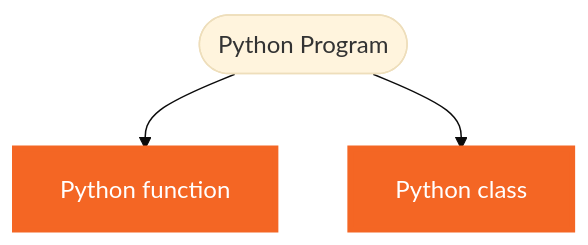
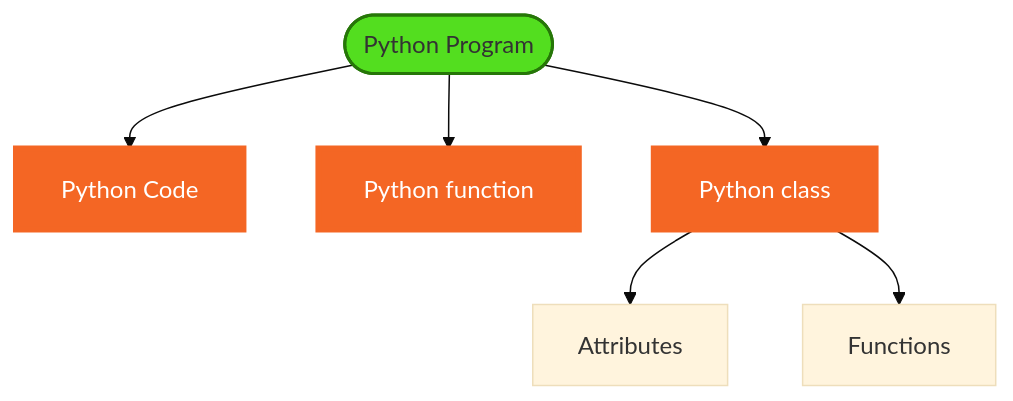
Before and after one commit to jwang1122/python: the fourth of 23 diagrams in doc/python.md, drawn with Mermaid (base theme). The commit also changed other lines of this file and 20 other files, not shown here.

````diff
--- a/doc/python.md
+++ b/doc/python.md
@@ -377,19 +390,20 @@
 ```mermaid
 graph TB
 
-B([Python Program])
+START([Python Program])
+A[Python Code]
 C[Python function]
 D[Python class]
+E[Attributes]
+F[Functions]
 
-B-->C
-B-->D
+START-->A & C & D
+D-->E & F
 
 classDef html fill:#F46624,stroke:#F46624,stroke-width:4px,color:white;
 classDef js fill:yellow,stroke:#DE9E1F,stroke-width:2px;
-classDef start fill:green,stroke:#DE9E1F,stroke-width:2px;
-classDef end1 fill:red,stroke:#DE9E1F,stroke-width:2px;
+classDef start fill:#53DE1F,stroke:#267608,stroke-width:2px;
 
 class START start
-class C,D html
-class END end1
+class A,C,D html
 ```
````
